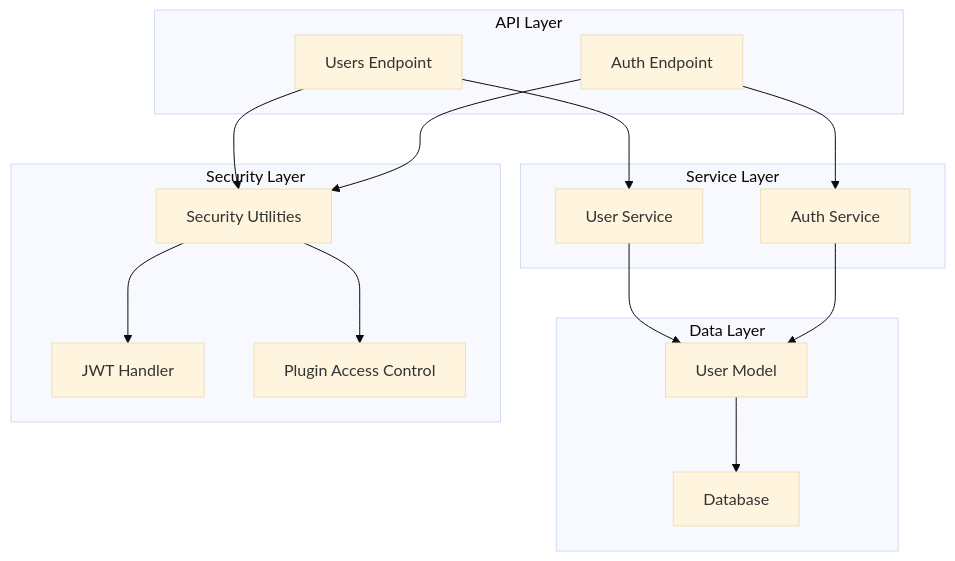
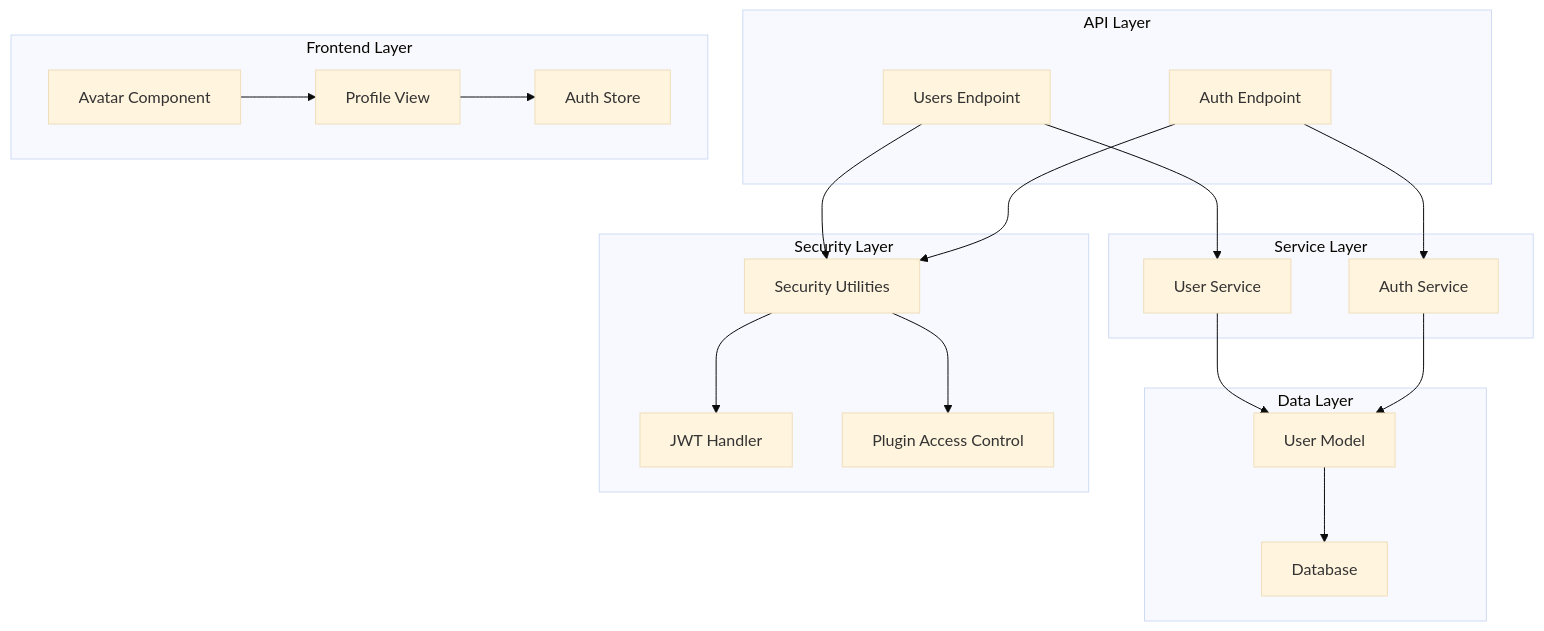
The fifth of 5 diagrams in .qoder/repowiki/en/content/Core API Reference/User Management Endpoints.md (Nikita5543/New-SSO-02), drawn with Mermaid (base theme) before and after one commit. The commit also changed other lines of this file and 4 other files, not shown here.

````diff
--- a/.qoder/repowiki/en/content/Core API Reference/User Management Endpoints.md
+++ b/.qoder/repowiki/en/content/Core API Reference/User Management Endpoints.md
@@ -442,29 +526,36 @@
 ```mermaid
 graph TB
 subgraph "API Layer"
 UsersEndpoint["Users Endpoint"]
 AuthEndpoint["Auth Endpoint"]
 end
 subgraph "Service Layer"
 UserService["User Service"]
 AuthService["Auth Service"]
 end
 subgraph "Data Layer"
 UserModel["User Model"]
 DB["Database"]
 end
 subgraph "Security Layer"
 SecurityUtils["Security Utilities"]
 JWT["JWT Handler"]
 PluginAccess["Plugin Access Control"]
 end
+subgraph "Frontend Layer"
+AvatarComponent["Avatar Component"]
+ProfileView["Profile View"]
+AuthStore["Auth Store"]
+end
 UsersEndpoint --> UserService
 AuthEndpoint --> AuthService
 UserService --> UserModel
 AuthService --> UserModel
 UsersEndpoint --> SecurityUtils
 AuthEndpoint --> SecurityUtils
 SecurityUtils --> JWT
 SecurityUtils --> PluginAccess
 UserModel --> DB
+AvatarComponent --> ProfileView
+ProfileView --> AuthStore
 ```
````
